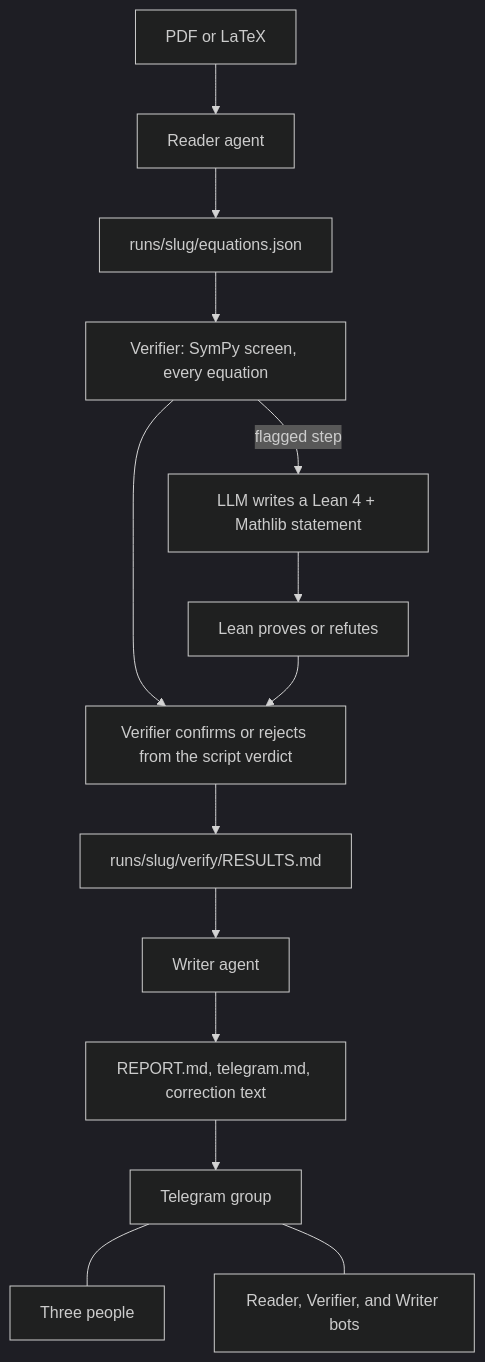
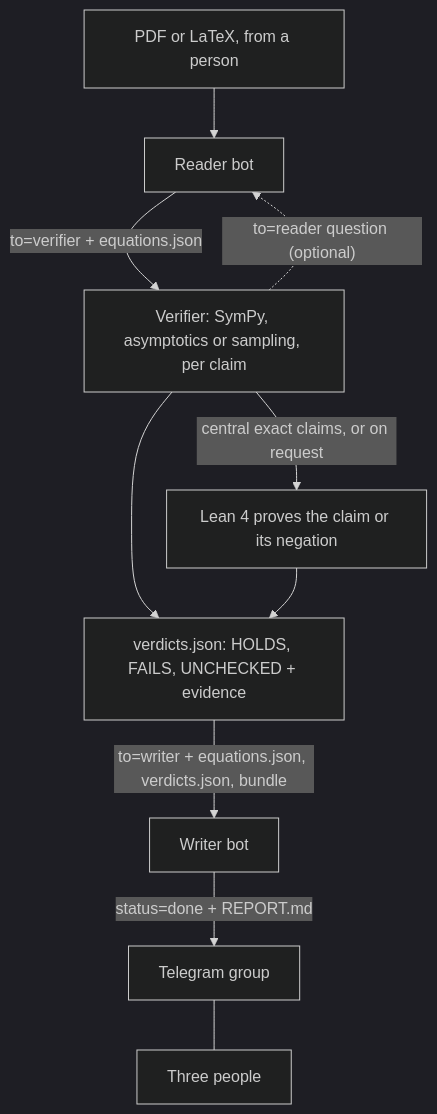
The diagram in README.md (AgentForgeWorkshop/sanity), drawn with Mermaid (dark theme) before and after one commit. The commit also changed other lines of this file and 3 other files, not shown here.

````diff
--- a/README.md
+++ b/README.md
@@ -13,16 +13,12 @@
 ```mermaid
 flowchart TD
-  paper["PDF or LaTeX"] --> reader["Reader agent"]
-  reader --> eqs["runs/slug/equations.json"]
-  eqs --> sympy["Verifier: SymPy screen, every equation"]
-  sympy -->|flagged step| formalize["LLM writes a Lean 4 + Mathlib statement"]
-  formalize --> lean["Lean proves or refutes"]
-  sympy --> rule["Verifier confirms or rejects from the script verdict"]
-  lean --> rule
-  rule --> results["runs/slug/verify/RESULTS.md"]
-  results --> writer["Writer agent"]
-  writer --> report["REPORT.md, telegram.md, correction text"]
-  report --> group["Telegram group"]
+  paper["PDF or LaTeX, from a person"] --> reader["Reader bot"]
+  reader -->|"to=verifier + equations.json"| sympy["Verifier: SymPy, asymptotics or sampling, per claim"]
+  sympy -->|"central exact claims, or on request"| lean["Lean 4 proves the claim or its negation"]
+  sympy --> verdicts["verdicts.json: HOLDS, FAILS, UNCHECKED + evidence"]
+  lean --> verdicts
+  sympy -.->|"to=reader question (optional)"| reader
+  verdicts -->|"to=writer + equations.json, verdicts.json, bundle"| writer["Writer bot"]
+  writer -->|"status=done + REPORT.md"| group["Telegram group"]
   group --- humans["Three people"]
-  group --- bots["Reader, Verifier, and Writer bots"]
 ```
````
